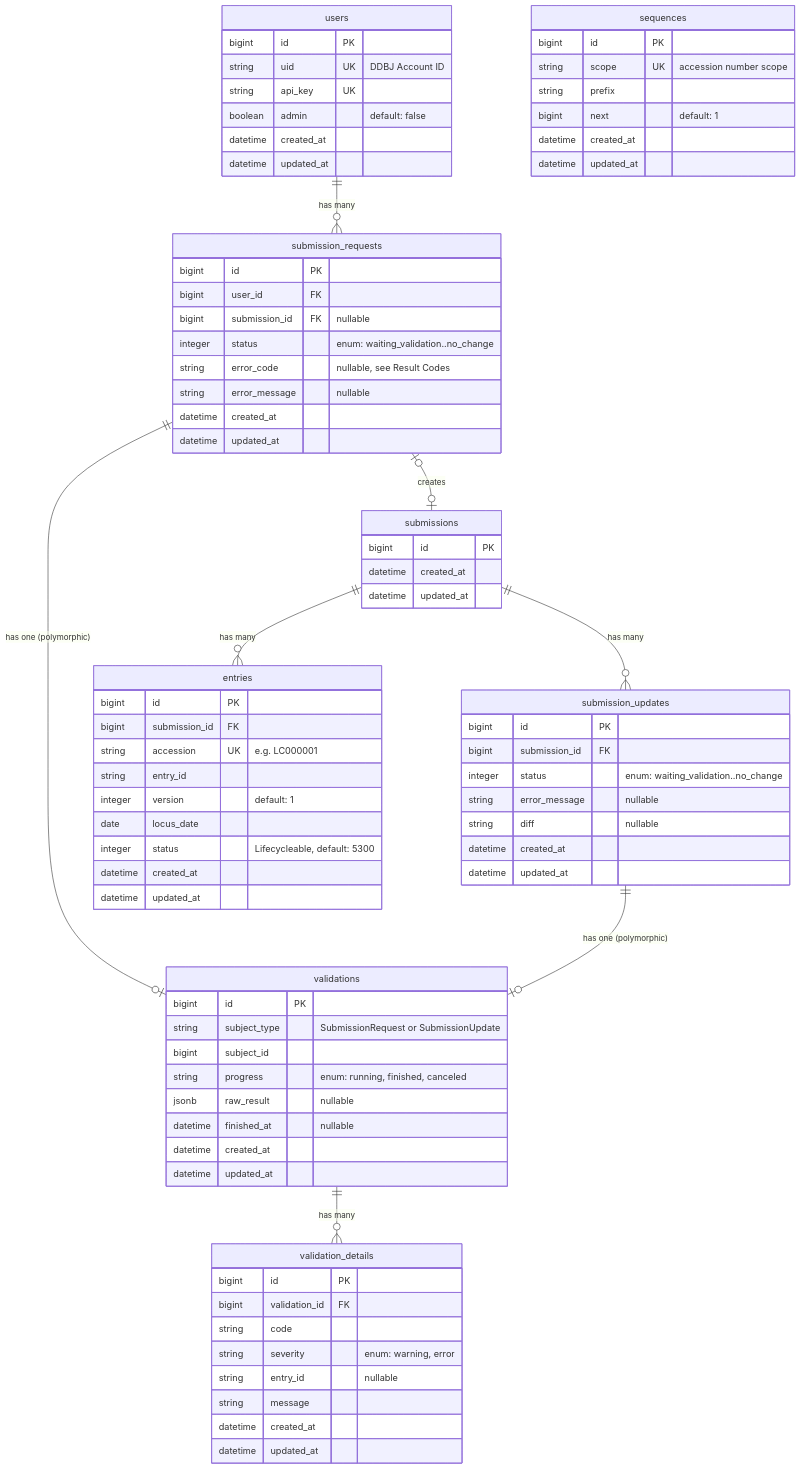
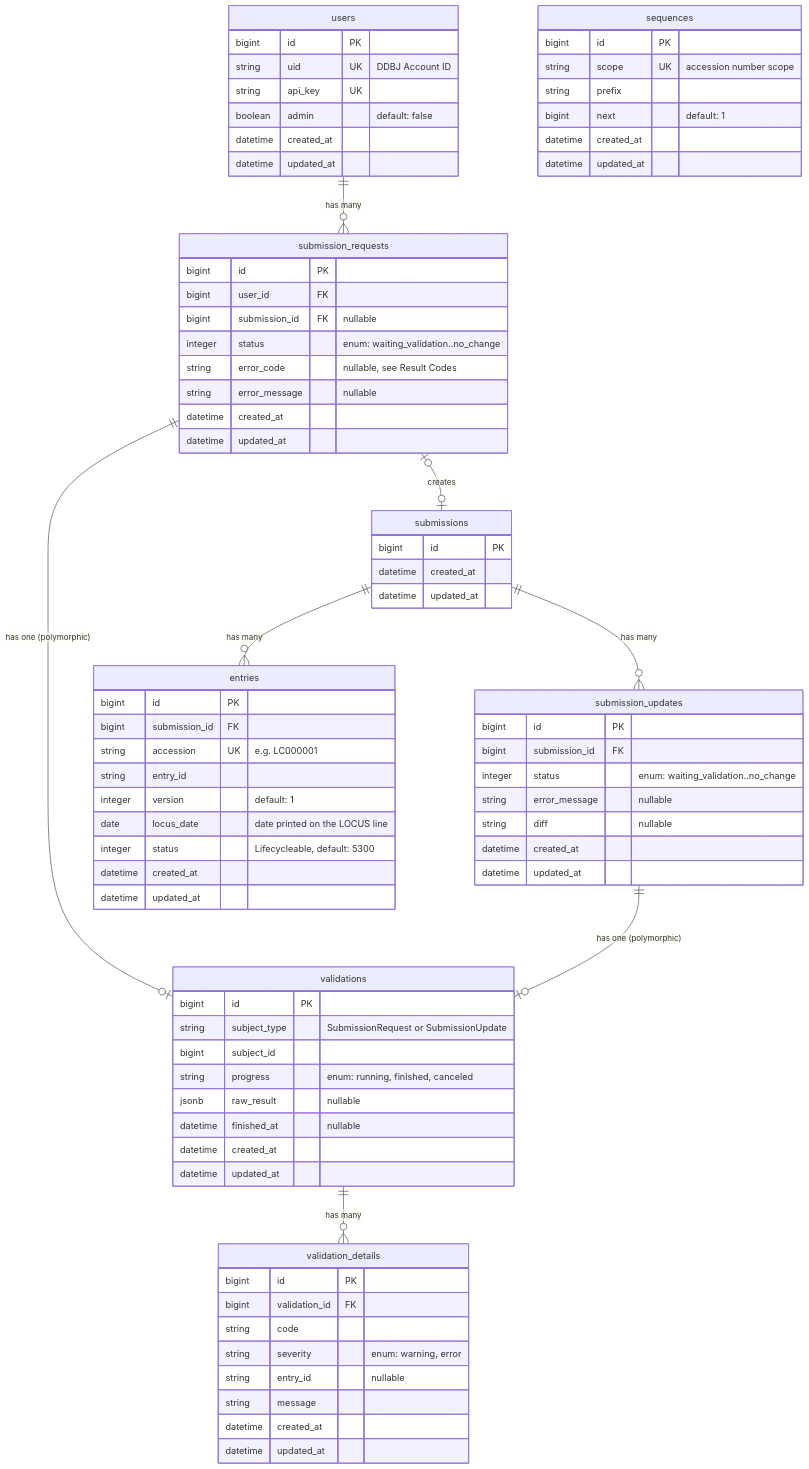
One commit to ddbj/ddbj-repository changed the second of 2 diagrams in README.md. Above: the diagram before and after it, drawn with Mermaid. The commit also changed 9 other files, not shown here.

First line of the commit message:
LOCUS date の出所を 1 つにする (last_updated → locus_date)

```diff
--- a/README.md
+++ b/README.md
@@ -97,7 +97,7 @@
         string accession UK "e.g. LC000001"
         string entry_id
         integer version "default: 1"
-        date locus_date
+        date locus_date "date printed on the LOCUS line"
         integer status "Lifecycleable, default: 5300"
         datetime created_at
         datetime updated_at
```
